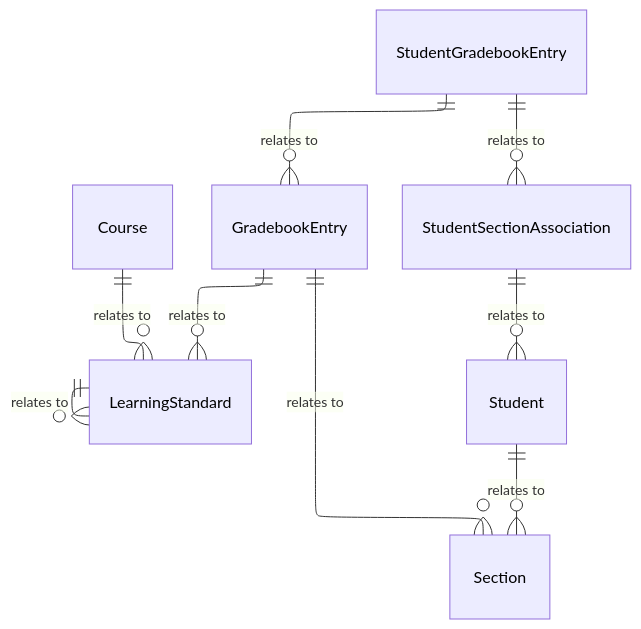
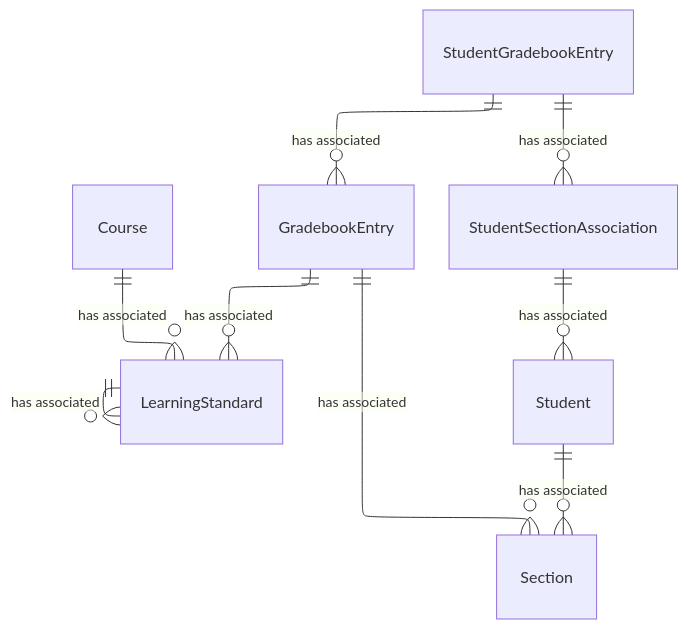
One commit to Ed-Fi-Alliance-OSS/ed-fi-alliance-oss.github.io changed the fourth of 4 diagrams in dataStandard_versioned_docs/version-6/model-reference/student-academic-record-domain/model-diagrams.md. Above: the diagram before and after it, drawn with Mermaid. The commit also changed other lines of this file and 24 other files, not shown here.

````diff
--- a/dataStandard_versioned_docs/version-6/model-reference/student-academic-record-domain/model-diagrams.md
+++ b/dataStandard_versioned_docs/version-6/model-reference/student-academic-record-domain/model-diagrams.md
@@ -237,36 +212,29 @@
 ```mermaid
 ---
 config:
   layout: elk
 ---
 erDiagram
     Course {
     }
     LearningStandard {
     }
     GradebookEntry {
     }
     StudentGradebookEntry {
     }
     StudentSectionAssociation {
     }
     Section {
     }
     Student {
     }
-    Course ||--o{ LearningStandard : "relates to"
-    LearningStandard ||--o{ LearningStandard : "relates to"
-    GradebookEntry ||--o{ LearningStandard : "relates to"
-    GradebookEntry ||--o{ Section : "relates to"
-    StudentGradebookEntry ||--o{ GradebookEntry : "relates to"
-    StudentGradebookEntry ||--o{ StudentSectionAssociation : "relates to"
-    StudentSectionAssociation ||--o{ Student : "relates to"
-    Student ||--o{ Section : "relates to"
-    style Course color:#000000
-    style LearningStandard color:#000000
-    style GradebookEntry color:#000000
-    style StudentGradebookEntry color:#000000
-    style StudentSectionAssociation color:#000000
-    style Section color:#000000
-    style Student color:#000000
+    Course ||--o{ LearningStandard : "has associated"
+    LearningStandard ||--o{ LearningStandard : "has associated"
+    GradebookEntry ||--o{ LearningStandard : "has associated"
+    GradebookEntry ||--o{ Section : "has associated"
+    StudentGradebookEntry ||--o{ GradebookEntry : "has associated"
+    StudentGradebookEntry ||--o{ StudentSectionAssociation : "has associated"
+    StudentSectionAssociation ||--o{ Student : "has associated"
+    Student ||--o{ Section : "has associated"
 ```
````
